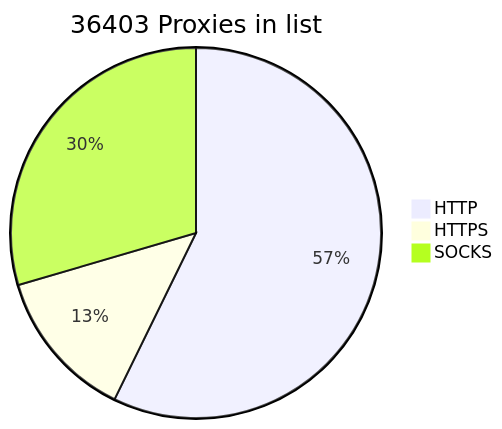
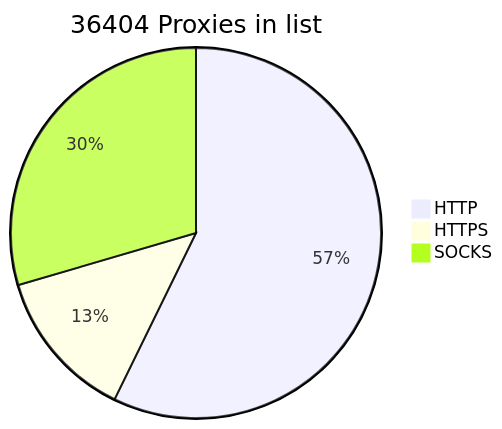
Before and after one commit to BlackSnowDot/proxylist-update-every-minute: the diagram in README.md, drawn with Mermaid.

````diff
--- a/README.md
+++ b/README.md
@@ -2,6 +2,6 @@
 ```mermaid
-pie title 36403 Proxies in list
+pie title 36404 Proxies in list
     "HTTP" : 23151
-    "HTTPS": 5345
+    "HTTPS": 5346
     "SOCKS" : 11945
 ```
````
